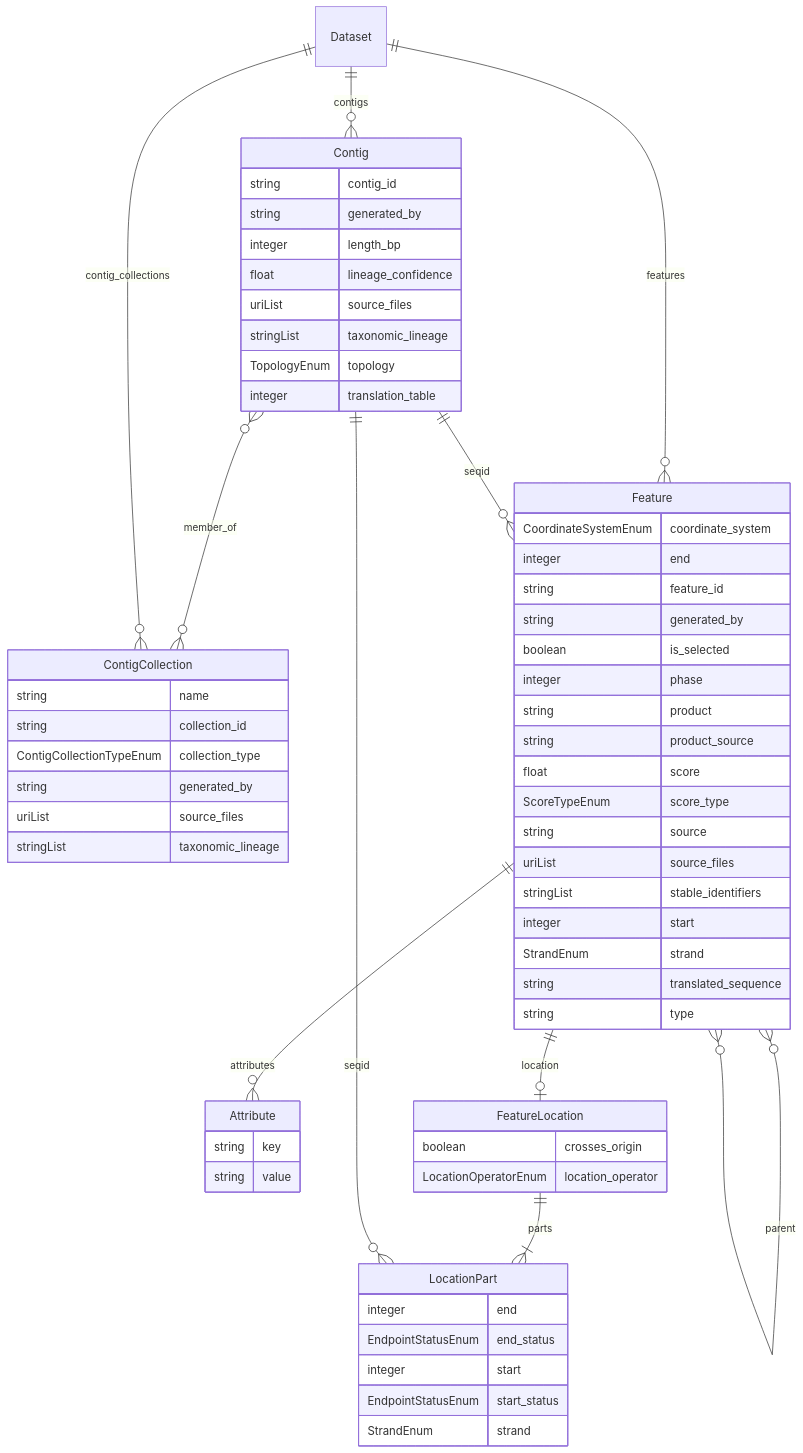
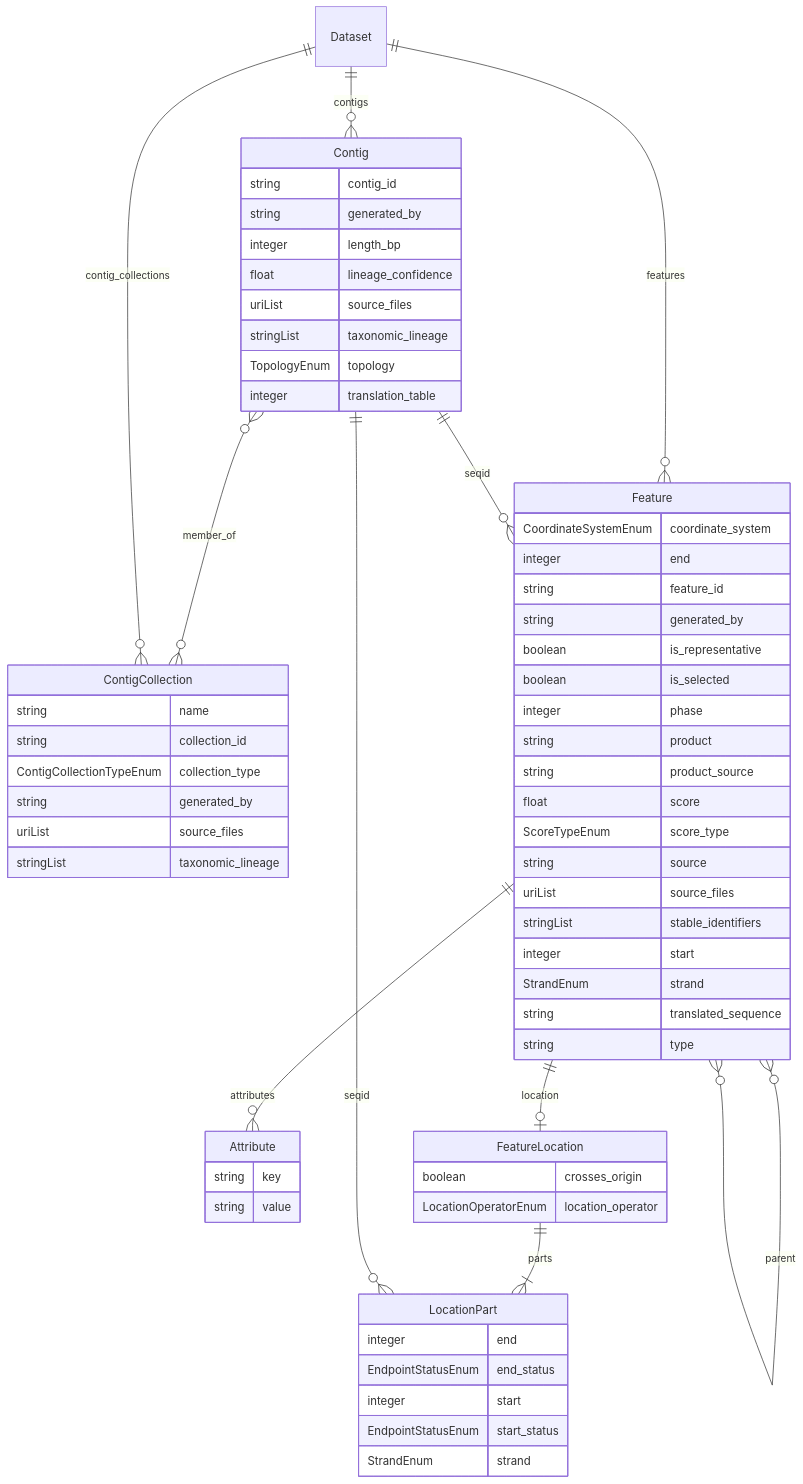
One commit to turbomam/feature-table-corpus changed the diagram in docs/schema-diagram.md. Above: the diagram before and after it, drawn with Mermaid. The commit also changed 4 other files, not shown here.

````diff
--- a/docs/schema-diagram.md
+++ b/docs/schema-diagram.md
@@ -9,69 +9,70 @@
 ```mermaid
 erDiagram
 Attribute {
     string key
     string value
 }
 Contig {
     string contig_id
     string generated_by
     integer length_bp
     float lineage_confidence
     uriList source_files
     stringList taxonomic_lineage
     TopologyEnum topology
     integer translation_table
 }
 ContigCollection {
     string name
     string collection_id
     ContigCollectionTypeEnum collection_type
     string generated_by
     uriList source_files
     stringList taxonomic_lineage
 }
 Dataset {
 
 }
 Feature {
     CoordinateSystemEnum coordinate_system
     integer end
     string feature_id
     string generated_by
+    boolean is_representative
     boolean is_selected
     integer phase
     string product
     string product_source
     float score
     ScoreTypeEnum score_type
     string source
     uriList source_files
     stringList stable_identifiers
     integer start
     StrandEnum strand
     string translated_sequence
     string type
 }
 FeatureLocation {
     boolean crosses_origin
     LocationOperatorEnum location_operator
 }
 LocationPart {
     integer end
     EndpointStatusEnum end_status
     integer start
     EndpointStatusEnum start_status
     StrandEnum strand
 }
 
 Contig }o--o{ ContigCollection : "member_of"
 Dataset ||--o{ Contig : "contigs"
 Dataset ||--o{ ContigCollection : "contig_collections"
 Dataset ||--o{ Feature : "features"
 Feature ||--o| FeatureLocation : "location"
 Contig ||--o{ Feature : "seqid"
 Feature ||--o{ Attribute : "attributes"
 Feature }o--o{ Feature : "parent"
 FeatureLocation ||--|{ LocationPart : "parts"
 Contig ||--o{ LocationPart : "seqid"
 ```
````
